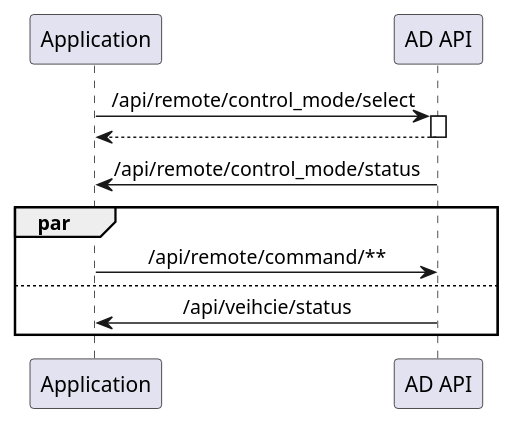
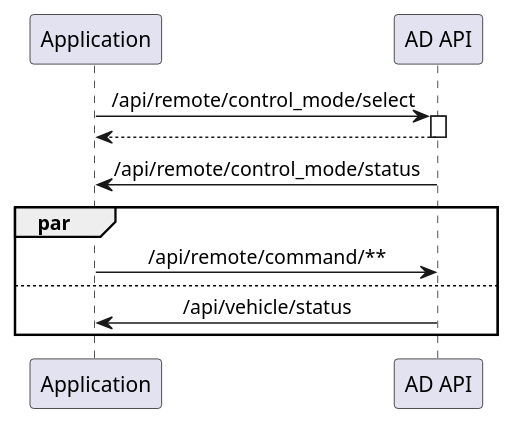
The diagram in docs/design/autoware-interfaces/ad-api/use-cases/manual-control/sequence.plantuml (autowarefoundation/autoware-documentation), drawn with PlantUML before and after one commit. The commit also changed 2 other files, not shown here.

```diff
--- a/docs/design/autoware-interfaces/ad-api/use-cases/manual-control/sequence.plantuml
+++ b/docs/design/autoware-interfaces/ad-api/use-cases/manual-control/sequence.plantuml
@@ -1,17 +1,17 @@
 @startuml
 
 skinparam SequenceMessageAlign center
 participant "Application" as app
 participant "AD API" as adapi
 
 app -> adapi ++: /api/remote/control_mode/select
 return
 adapi -> app: /api/remote/control_mode/status
 
 par
   app -> adapi: /api/remote/command/**
 else
-  adapi -> app: /api/veihcie/status
+  adapi -> app: /api/vehicle/status
 end
 
 @enduml
```
